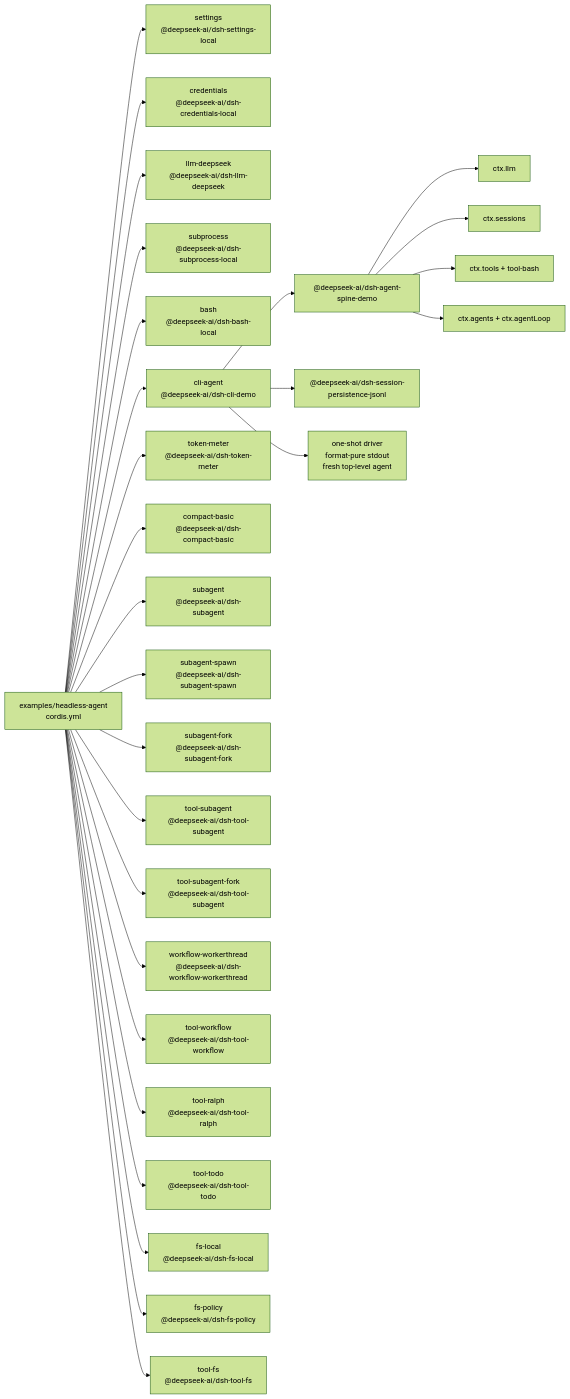
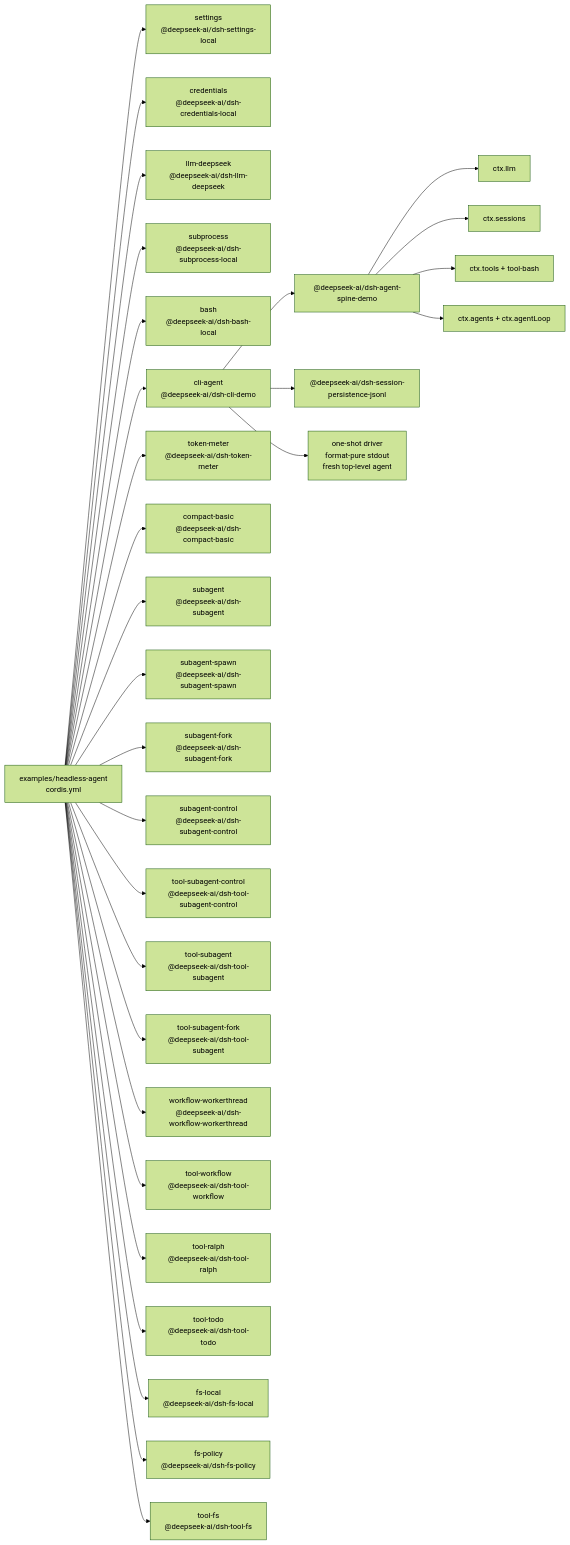
Before and after one commit to 007M7/DeepCode: the diagram in examples/headless-agent/composition.md, drawn with Mermaid (forest theme). The commit also changed other lines of this file and 11 other files, not shown here.

````diff
--- a/examples/headless-agent/composition.md
+++ b/examples/headless-agent/composition.md
@@ -8,51 +8,55 @@
 ```mermaid
 flowchart LR
   cfg["examples/headless-agent<br/>cordis.yml"]
   plugin_headless_settings["settings<br/>@deepseek-ai/dsh-settings-local"]
   cfg --> plugin_headless_settings
   plugin_headless_credentials["credentials<br/>@deepseek-ai/dsh-credentials-local"]
   cfg --> plugin_headless_credentials
   plugin_headless_llm_deepseek["llm-deepseek<br/>@deepseek-ai/dsh-llm-deepseek"]
   cfg --> plugin_headless_llm_deepseek
   plugin_headless_subprocess["subprocess<br/>@deepseek-ai/dsh-subprocess-local"]
   cfg --> plugin_headless_subprocess
   plugin_headless_bash["bash<br/>@deepseek-ai/dsh-bash-local"]
   cfg --> plugin_headless_bash
   plugin_headless_cli_agent["cli-agent<br/>@deepseek-ai/dsh-cli-demo"]
   cfg --> plugin_headless_cli_agent
   plugin_headless_cli_agent --> bundle_agent_core["@deepseek-ai/dsh-agent-spine-demo"]
   plugin_headless_cli_agent --> bundle_jsonl["@deepseek-ai/dsh-session-persistence-jsonl"]
   plugin_headless_cli_agent --> frontdoor_cli["one-shot driver<br/>format-pure stdout<br/>fresh top-level agent"]
   bundle_agent_core --> spine_llm["ctx.llm"]
   bundle_agent_core --> spine_sessions["ctx.sessions"]
   bundle_agent_core --> spine_tools["ctx.tools + tool-bash"]
   bundle_agent_core --> spine_loop["ctx.agents + ctx.agentLoop"]
   plugin_headless_token_meter["token-meter<br/>@deepseek-ai/dsh-token-meter"]
   cfg --> plugin_headless_token_meter
   plugin_headless_compact_basic["compact-basic<br/>@deepseek-ai/dsh-compact-basic"]
   cfg --> plugin_headless_compact_basic
   plugin_headless_subagent["subagent<br/>@deepseek-ai/dsh-subagent"]
   cfg --> plugin_headless_subagent
   plugin_headless_subagent_spawn["subagent-spawn<br/>@deepseek-ai/dsh-subagent-spawn"]
   cfg --> plugin_headless_subagent_spawn
   plugin_headless_subagent_fork["subagent-fork<br/>@deepseek-ai/dsh-subagent-fork"]
   cfg --> plugin_headless_subagent_fork
+  plugin_headless_subagent_control["subagent-control<br/>@deepseek-ai/dsh-subagent-control"]
+  cfg --> plugin_headless_subagent_control
+  plugin_headless_tool_subagent_control["tool-subagent-control<br/>@deepseek-ai/dsh-tool-subagent-control"]
+  cfg --> plugin_headless_tool_subagent_control
   plugin_headless_tool_subagent["tool-subagent<br/>@deepseek-ai/dsh-tool-subagent"]
   cfg --> plugin_headless_tool_subagent
   plugin_headless_tool_subagent_fork["tool-subagent-fork<br/>@deepseek-ai/dsh-tool-subagent"]
   cfg --> plugin_headless_tool_subagent_fork
   plugin_headless_workflow_workerthread["workflow-workerthread<br/>@deepseek-ai/dsh-workflow-workerthread"]
   cfg --> plugin_headless_workflow_workerthread
   plugin_headless_tool_workflow["tool-workflow<br/>@deepseek-ai/dsh-tool-workflow"]
   cfg --> plugin_headless_tool_workflow
   plugin_headless_tool_ralph["tool-ralph<br/>@deepseek-ai/dsh-tool-ralph"]
   cfg --> plugin_headless_tool_ralph
   plugin_headless_tool_todo["tool-todo<br/>@deepseek-ai/dsh-tool-todo"]
   cfg --> plugin_headless_tool_todo
   plugin_headless_fs_local["fs-local<br/>@deepseek-ai/dsh-fs-local"]
   cfg --> plugin_headless_fs_local
   plugin_headless_fs_policy["fs-policy<br/>@deepseek-ai/dsh-fs-policy"]
   cfg --> plugin_headless_fs_policy
   plugin_headless_tool_fs["tool-fs<br/>@deepseek-ai/dsh-tool-fs"]
   cfg --> plugin_headless_tool_fs
 ```
````
